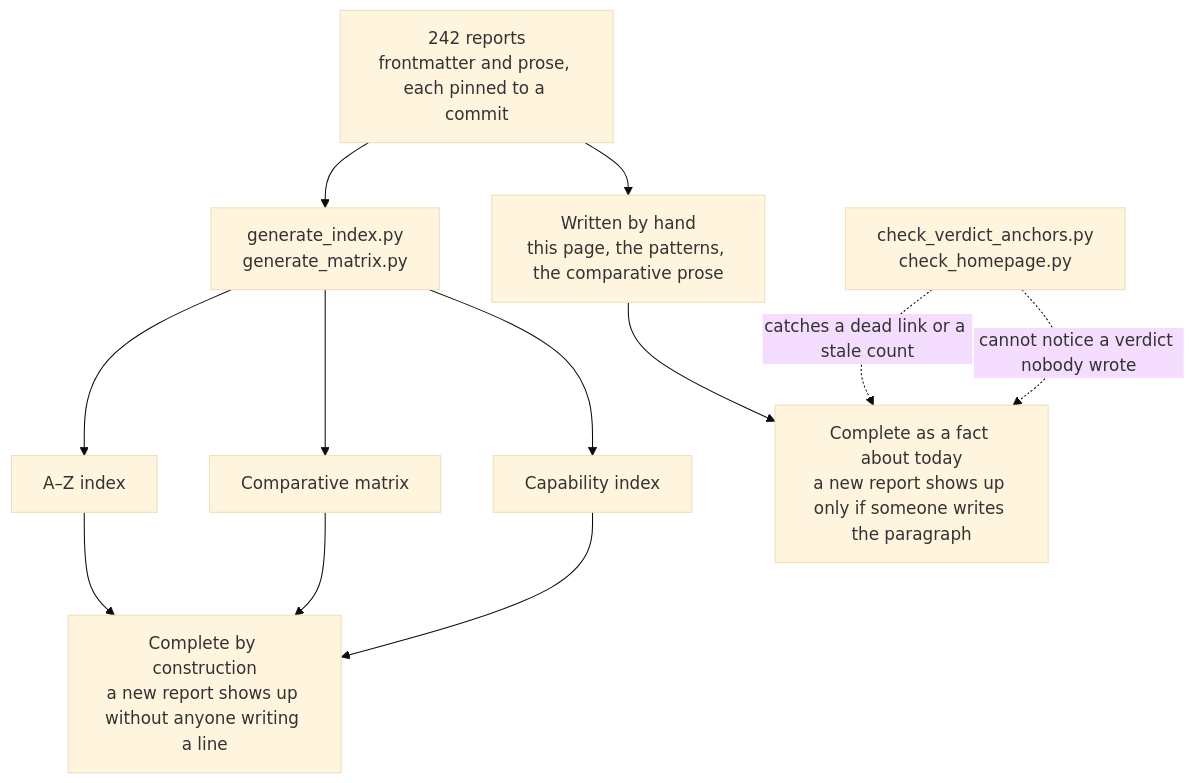
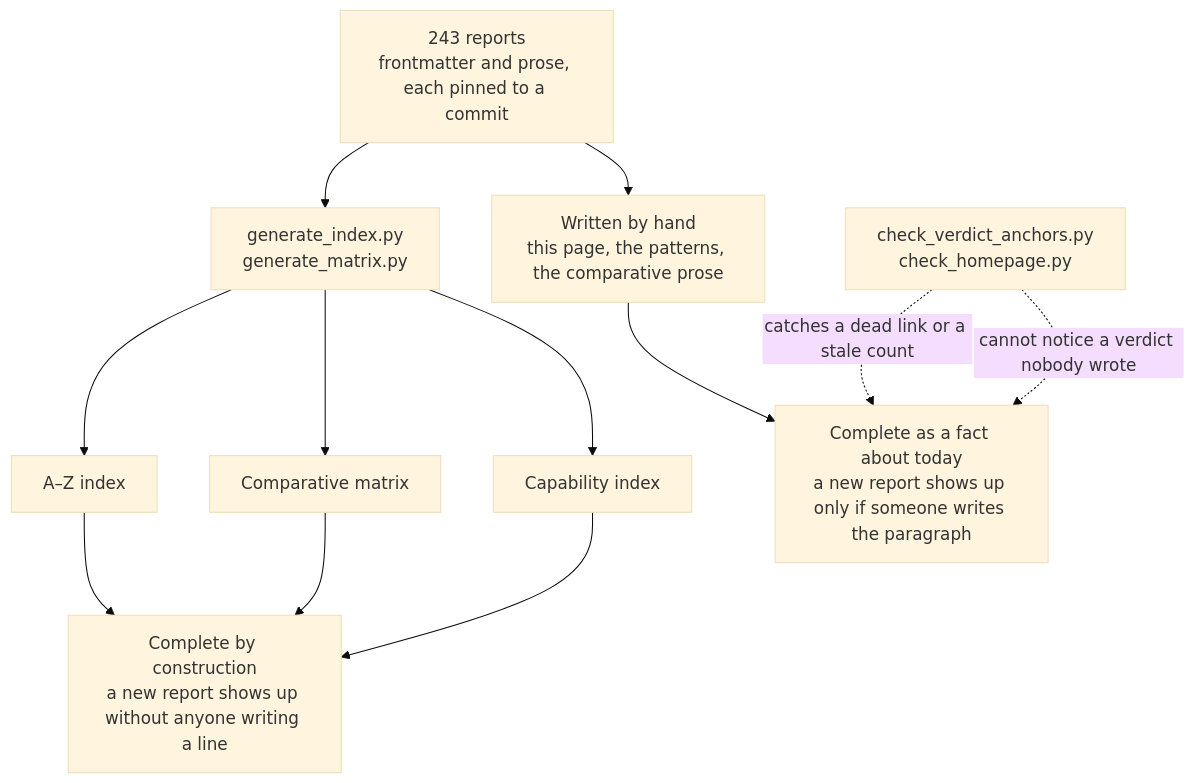
One commit to neoneye/agent-memory-atlas changed the diagram in content/verdicts.md. Above: the diagram before and after it, drawn with Mermaid (base theme). The commit also changed other lines of this file and 262 other files, not shown here.

````diff
--- a/content/verdicts.md
+++ b/content/verdicts.md
@@ -40,15 +40,15 @@
 ```mermaid
 flowchart TD
-    R["242 reports<br/>frontmatter and prose, each pinned to a commit"]
+    R["243 reports<br/>frontmatter and prose, each pinned to a commit"]
     R --> GEN["generate_index.py<br/>generate_matrix.py"]
     R --> HAND["Written by hand<br/>this page, the patterns, the comparative prose"]
     GEN --> AZ["A–Z index"]
     GEN --> MX["Comparative matrix"]
     GEN --> CI["Capability index"]
     AZ --> CONST["Complete by construction<br/>a new report shows up without anyone writing a line"]
     MX --> CONST
     CI --> CONST
     HAND --> TODAY["Complete as a fact about today<br/>a new report shows up only if someone writes the paragraph"]
     CHK["check_verdict_anchors.py<br/>check_homepage.py"] -.->|"catches a dead link or a stale count"| TODAY
     CHK -.->|"cannot notice a verdict nobody wrote"| TODAY
 ```
````
